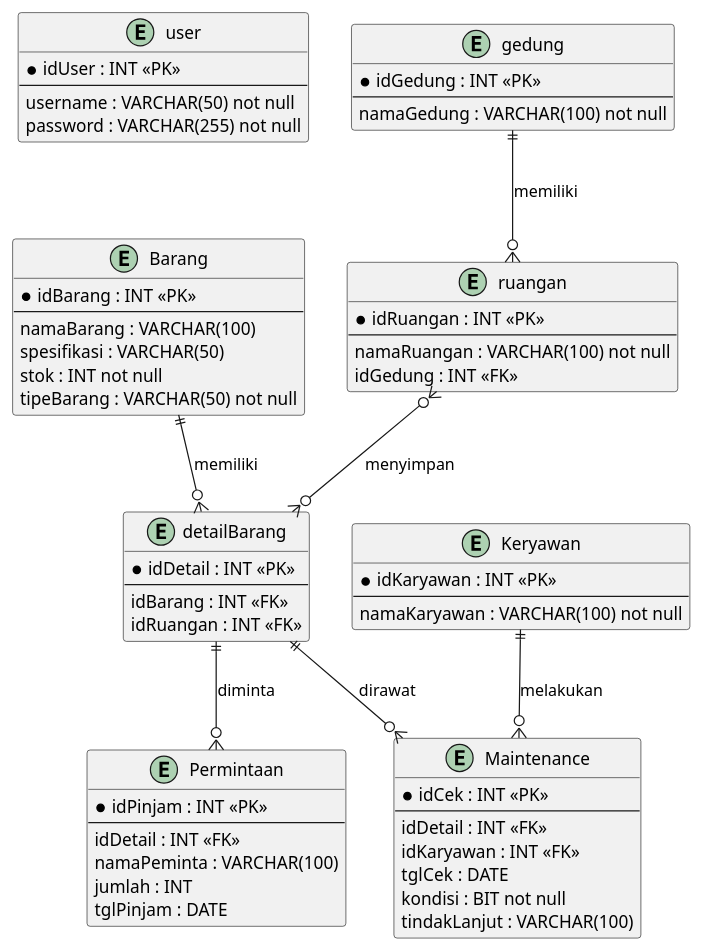
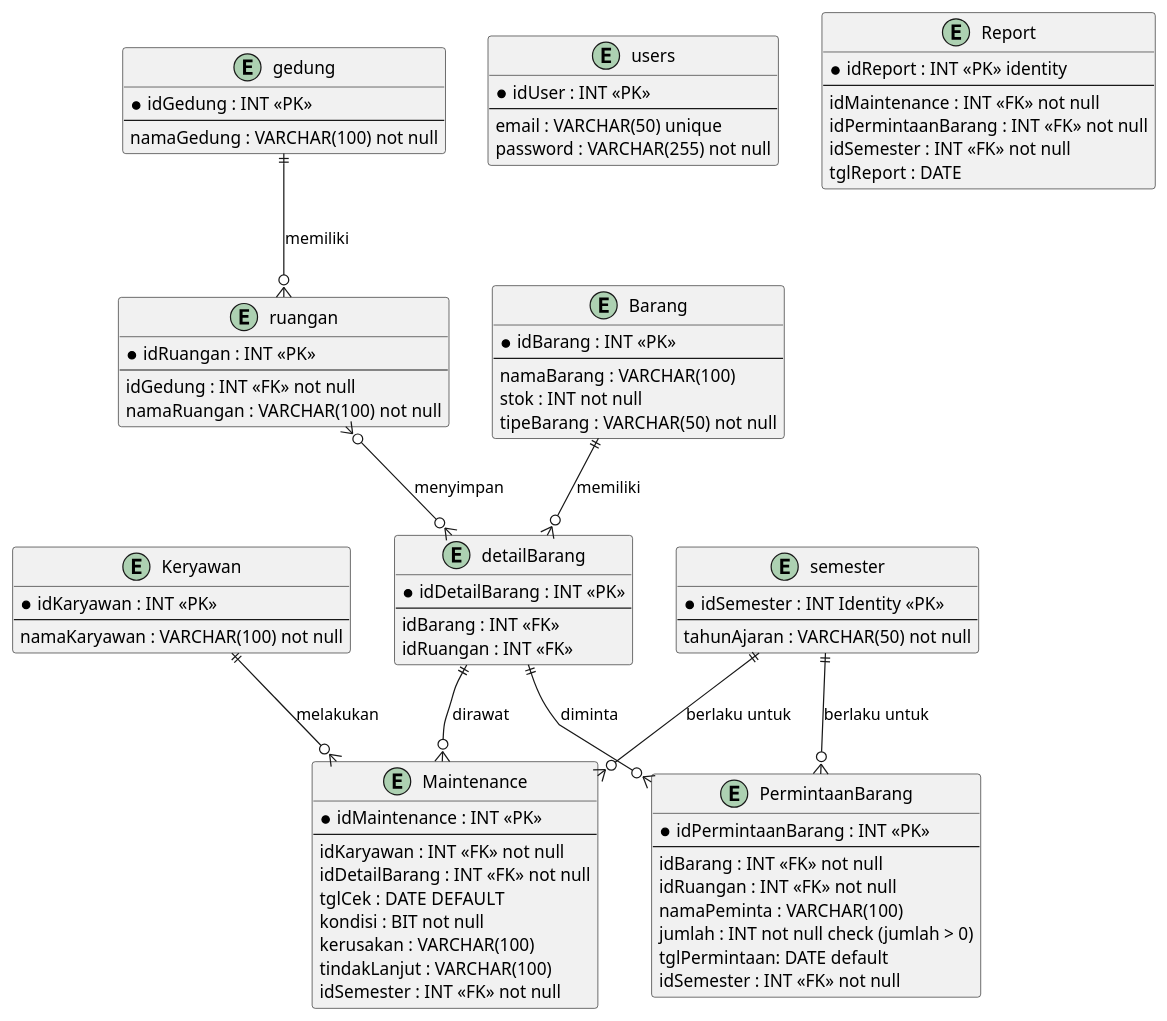
Before and after one commit to Fannandya/diagramPABD: the diagram in RAT.puml, drawn with PlantUML. The commit also changed 2 other files, not shown here.

```diff
--- a/RAT.puml
+++ b/RAT.puml
@@ -1,78 +1,105 @@
 @startuml RAT
-entity "user" {
-  *idUser : INT <<PK>>
+
+entity "semester" {
+  *idSemester : INT Identity <<PK>>
   --
-  username : VARCHAR(50) not null
-  password : VARCHAR(255) not null
-}
-entity "Barang" {
-  *idBarang : INT <<PK>>
-  --
-  namaBarang : VARCHAR(100)
-  spesifikasi : VARCHAR(50)
-  stok : INT not null
-  tipeBarang : VARCHAR(50) not null
-}
-
-entity "detailBarang" {
-  *idDetail : INT <<PK>>
-  --
-  idBarang : INT <<FK>>
-  idRuangan : INT <<FK>>
-}
-
-entity "Permintaan" {
-  *idPinjam : INT <<PK>>
-  --
-  idDetail : INT <<FK>>
-  namaPeminta : VARCHAR(100)
-  jumlah : INT
-  tglPinjam : DATE
+  tahunAjaran : VARCHAR(50) not null
 }
 
 entity "Keryawan" {
   *idKaryawan : INT <<PK>>
   --
   namaKaryawan : VARCHAR(100) not null
-}
-
-entity "Maintenance" {
-  *idCek : INT <<PK>>
-  --
-  idDetail : INT <<FK>>
-  idKaryawan : INT <<FK>>
-  tglCek : DATE
-  kondisi : BIT not null
-  tindakLanjut : VARCHAR(100)
 }
 
 entity "gedung" {
   *idGedung : INT <<PK>>
   --
   namaGedung : VARCHAR(100) not null
 }
 
 entity "ruangan" {
   *idRuangan : INT <<PK>>
   --
+  idGedung : INT <<FK>> not null
   namaRuangan : VARCHAR(100) not null
-  idGedung : INT <<FK>>
 }
+
+entity "Barang" {
+  *idBarang : INT <<PK>>
+  --
+  namaBarang : VARCHAR(100)
+  stok : INT not null
+  tipeBarang : VARCHAR(50) not null
+}
+
+entity "users" {
+  *idUser : INT <<PK>>
+  --
+  email : VARCHAR(50) unique 
+  password : VARCHAR(255) not null
+}
+
+entity "detailBarang" {
+  *idDetailBarang : INT <<PK>>
+  --
+  idBarang : INT <<FK>>
+  idRuangan : INT <<FK>>
+}
+
+entity "PermintaanBarang" {
+  *idPermintaanBarang : INT <<PK>>
+  --
+  idBarang : INT <<FK>> not null
+  idRuangan : INT <<FK>> not null
+  namaPeminta : VARCHAR(100)
+  jumlah : INT not null check (jumlah > 0)
+  tglPermintaan: DATE default
+  idSemester : INT <<FK>> not null
+}
+
+
+entity "Maintenance" {
+  *idMaintenance : INT <<PK>>
+  --
+  idKaryawan : INT <<FK>> not null
+  idDetailBarang : INT <<FK>> not null
+  tglCek : DATE DEFAULT
+  kondisi : BIT not null
+  kerusakan : VARCHAR(100)
+  tindakLanjut : VARCHAR(100)
+  idSemester : INT <<FK>> not null
+}
+
+entity "Report" {
+  *idReport : INT <<PK>> identity
+  --
+  idMaintenance : INT <<FK>> not null
+  idPermintaanBarang : INT <<FK>> not null
+  idSemester : INT <<FK>> not null 
+  tglReport : DATE
+}
+
+
 
 ' Setiap detail barang wajib punya 1 Barang
 Barang ||--o{ detailBarang : "memiliki"
 
 ' Setiap ruangan wajib ada di 1 gedung (Mandatory One)
 gedung ||--o{ ruangan : "memiliki"
 
 ' satu detail barang bisa di banyak ruangan dan satu ruangan bisa menyimpan banyak/nol detail barang 
 ruangan }o--o{ detailBarang : "menyimpan"
 
 ' 1 unit bisa berkali-kali dipinjam/dirawat)
-detailBarang ||--o{ Permintaan : "diminta"
+detailBarang ||--o{ PermintaanBarang : "diminta"
 detailBarang ||--o{ Maintenance : "dirawat"
 
 ' minimal 1 karyawan untuk bisa melakukan maintenance
 Keryawan ||--o{ Maintenance : "melakukan"
 
+
+semester ||--o{ PermintaanBarang : "berlaku untuk"
+semester ||--o{ Maintenance : "berlaku untuk"
+
 @enduml
```
